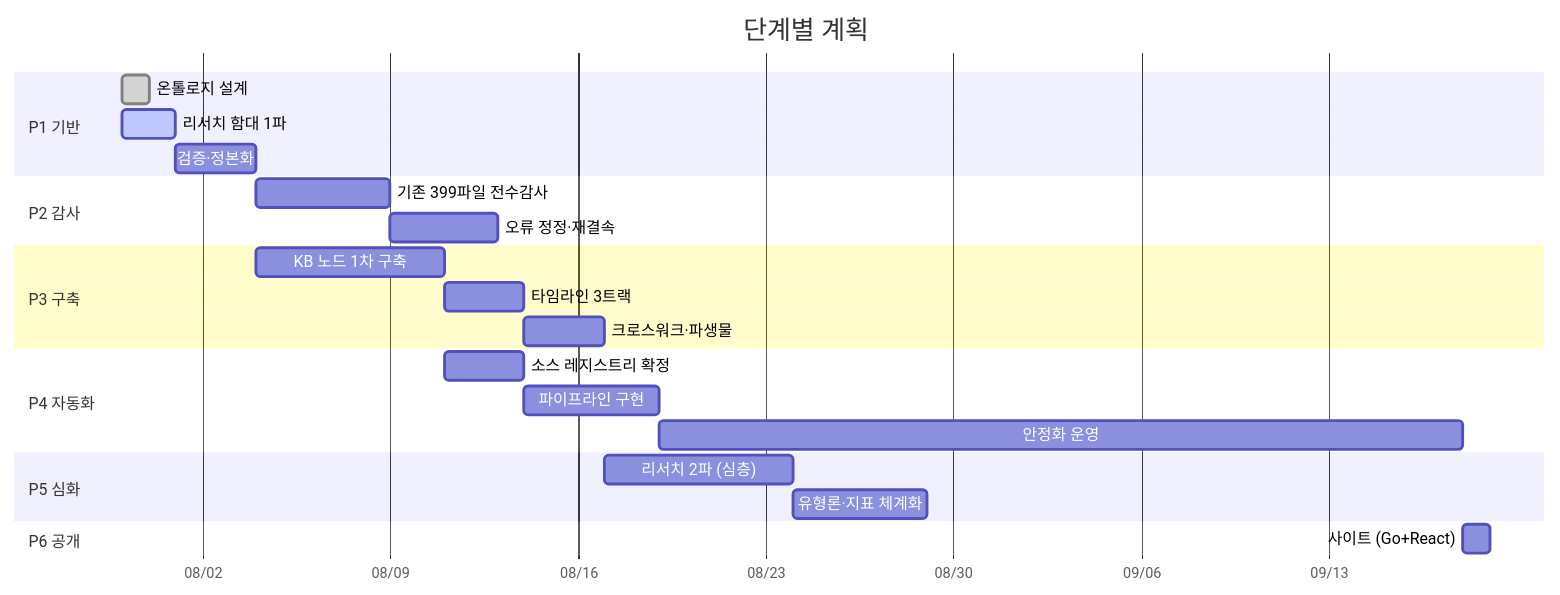
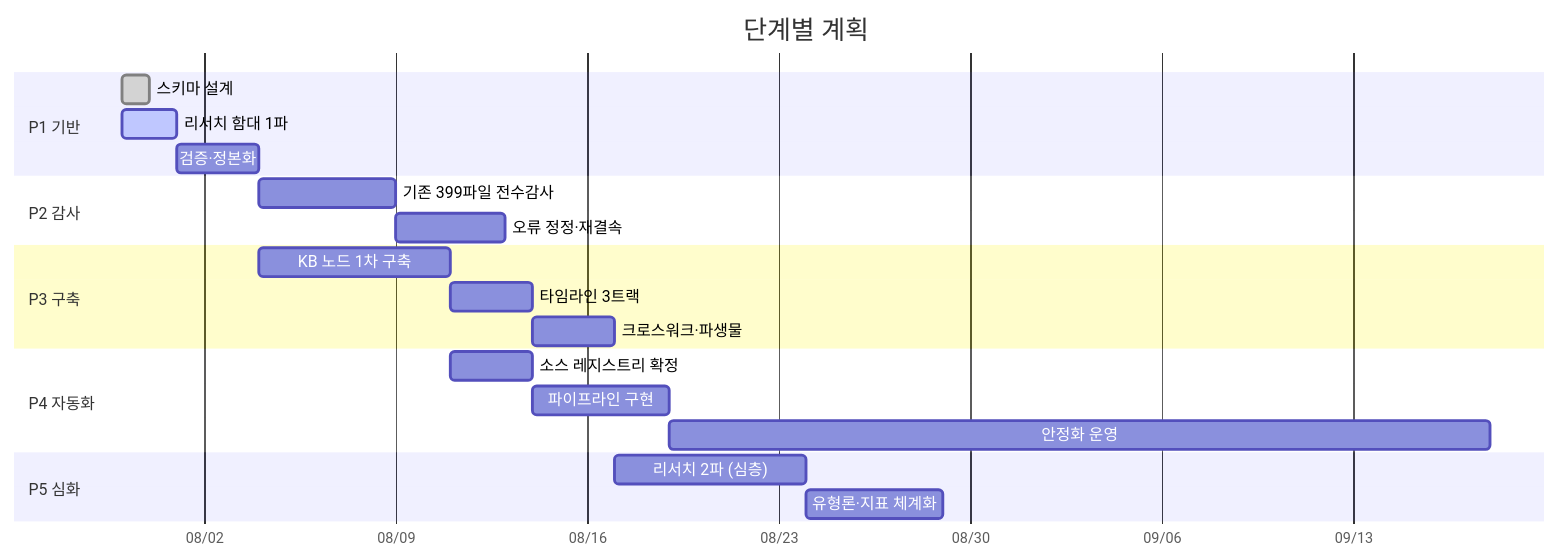
Before and after one commit to lala-david/aml-notes: the first of 3 diagrams in docs/PLAN.md, drawn with Mermaid. The commit also changed other lines of this file and 47 other files, not shown here.

First line of the commit message:
docs,kb,quality: 온톨로지 설계 계층과 사이트 설계를 걷어냄 — 데이터와 검증기만 남긴다

````diff
--- a/docs/PLAN.md
+++ b/docs/PLAN.md
@@ -27,32 +27,30 @@
 ```mermaid
 gantt
     title 단계별 계획
     dateFormat YYYY-MM-DD
     axisFormat %m/%d
 
     section P1 기반
-    온톨로지 설계          :done, p1a, 2026-07-30, 1d
+    스키마 설계            :done, p1a, 2026-07-30, 1d
     리서치 함대 1파        :active, p1b, 2026-07-30, 2d
     검증·정본화            :p1c, after p1b, 3d
 
     section P2 감사
     기존 399파일 전수감사  :p2a, after p1c, 5d
     오류 정정·재결속       :p2b, after p2a, 4d
 
     section P3 구축
     KB 노드 1차 구축       :p3a, after p1c, 7d
     타임라인 3트랙         :p3b, after p3a, 3d
     크로스워크·파생물      :p3c, after p3b, 3d
 
     section P4 자동화
     소스 레지스트리 확정   :p4a, after p3a, 3d
     파이프라인 구현        :p4b, after p4a, 5d
     안정화 운영            :p4c, after p4b, 30d
 
     section P5 심화
     리서치 2파 (심층)      :p5a, after p3c, 7d
     유형론·지표 체계화     :p5b, after p5a, 5d
 
-    section P6 공개
-    사이트 (Go+React)      :p6, after p4c, 1d
 ```
````
